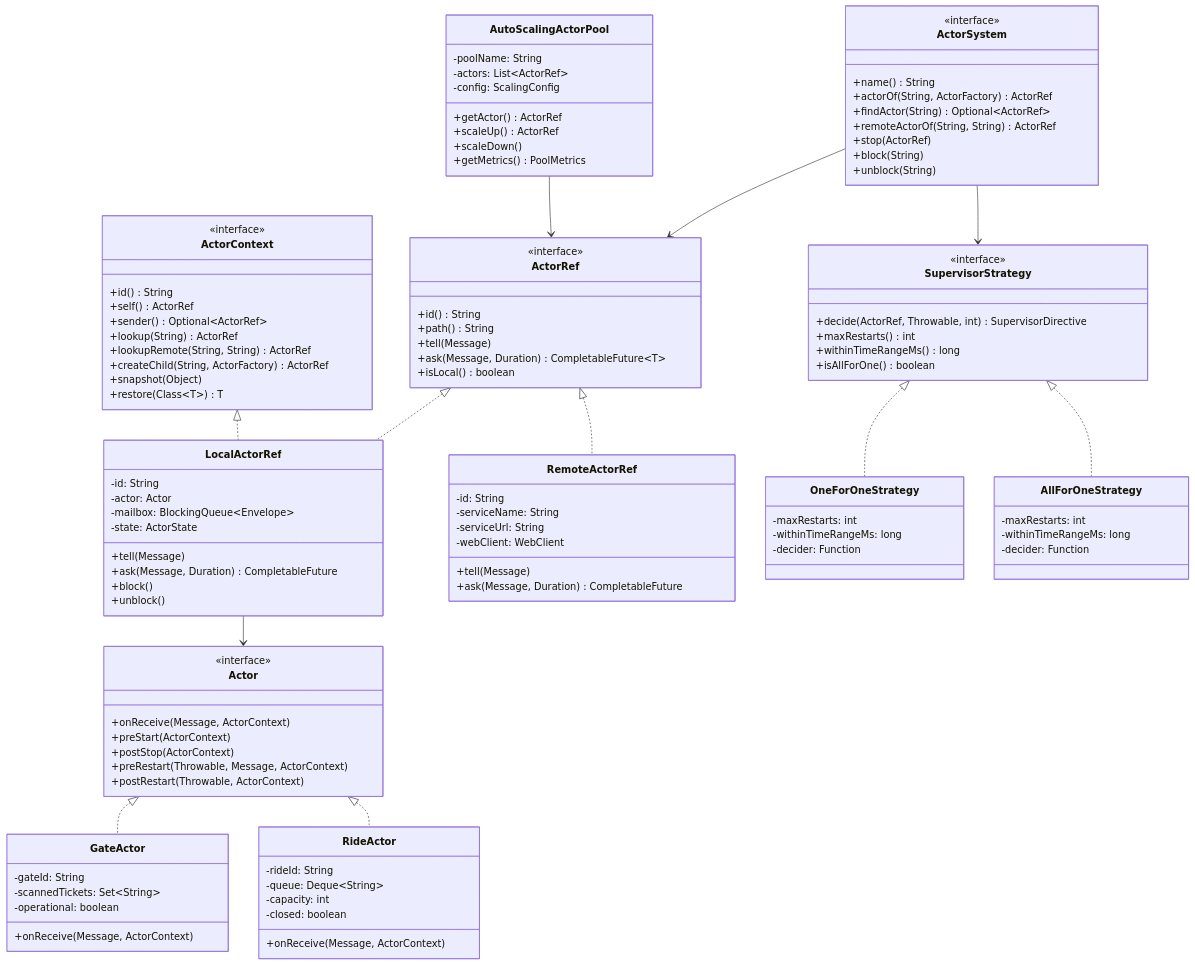
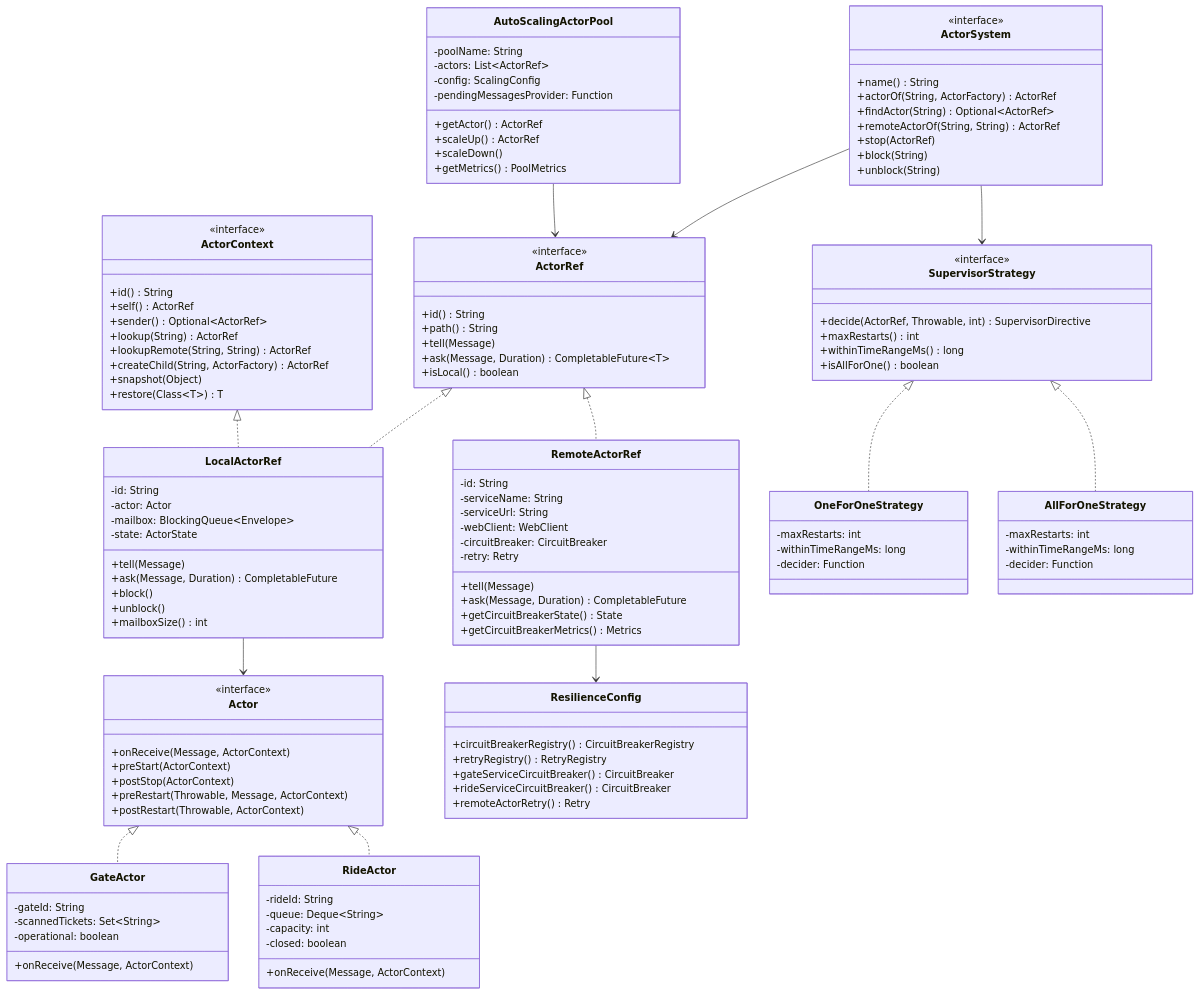
Before and after one commit to Myri23/CY_Land: the eighth of 16 diagrams in docs/ARCHITECTURE.md, drawn with Mermaid. The commit also changed other lines of this file, not shown here.

First line of the commit message:
Enhance architecture documentation with resilience and testing

````diff
--- a/docs/ARCHITECTURE.md
+++ b/docs/ARCHITECTURE.md
@@ -405,6 +434,7 @@
         +ask(Message, Duration) CompletableFuture
         +block()
         +unblock()
+        +mailboxSize() int
     }
     
     class RemoteActorRef {
@@ -412,8 +442,12 @@
         -serviceName: String
         -serviceUrl: String
         -webClient: WebClient
+        -circuitBreaker: CircuitBreaker
+        -retry: Retry
         +tell(Message)
         +ask(Message, Duration) CompletableFuture
+        +getCircuitBreakerState() State
+        +getCircuitBreakerMetrics() Metrics
     }
     
     class SupervisorStrategy {
@@ -440,10 +474,19 @@
         -poolName: String
         -actors: List~ActorRef~
         -config: ScalingConfig
+        -pendingMessagesProvider: Function
         +getActor() ActorRef
         +scaleUp() ActorRef
         +scaleDown()
         +getMetrics() PoolMetrics
+    }
+    
+    class ResilienceConfig {
+        +circuitBreakerRegistry() CircuitBreakerRegistry
+        +retryRegistry() RetryRegistry
+        +gateServiceCircuitBreaker() CircuitBreaker
+        +rideServiceCircuitBreaker() CircuitBreaker
+        +remoteActorRetry() Retry
     }
     
     class GateActor {
@@ -472,5 +515,6 @@
     ActorSystem --> ActorRef
     ActorSystem --> SupervisorStrategy
     LocalActorRef --> Actor
+    RemoteActorRef --> ResilienceConfig
     AutoScalingActorPool --> ActorRef
 ```
````
